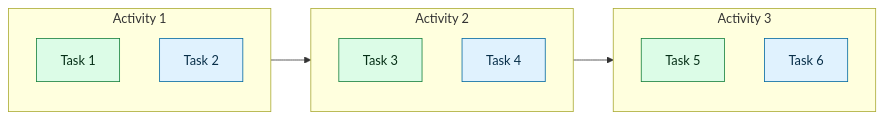
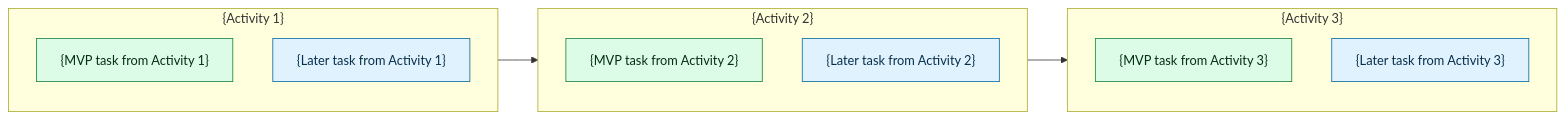
One commit to andresnator/agents-orchestrator changed the diagram in skills/testing/usm/assets/usm-template.md. Above: the diagram before and after it, drawn with Mermaid. The commit also changed other lines of this file and 1 other file, not shown here.

````diff
--- a/skills/testing/usm/assets/usm-template.md
+++ b/skills/testing/usm/assets/usm-template.md
@@ -70,28 +75,28 @@
 ```mermaid
 flowchart LR
-  subgraph A1[Activity 1]
+  subgraph A1["{Activity 1}"]
     direction TB
-    A1T1[Task 1]
-    A1T2[Task 2]
+    A1T1["{MVP task from Activity 1}"]
+    A1T2["{Later task from Activity 1}"]
   end
 
-  subgraph A2[Activity 2]
+  subgraph A2["{Activity 2}"]
     direction TB
-    A2T1[Task 3]
-    A2T2[Task 4]
+    A2T1["{MVP task from Activity 2}"]
+    A2T2["{Later task from Activity 2}"]
   end
 
-  subgraph A3[Activity 3]
+  subgraph A3["{Activity 3}"]
     direction TB
-    A3T1[Task 5]
-    A3T2[Task 6]
+    A3T1["{MVP task from Activity 3}"]
+    A3T2["{Later task from Activity 3}"]
   end
 
   A1 --> A2 --> A3
 
   classDef mvp fill:#dcfce7,stroke:#15803d,color:#052e16
   classDef later fill:#e0f2fe,stroke:#0369a1,color:#082f49
 
   class A1T1,A2T1,A3T1 mvp
   class A1T2,A2T2,A3T2 later
 ```
````
